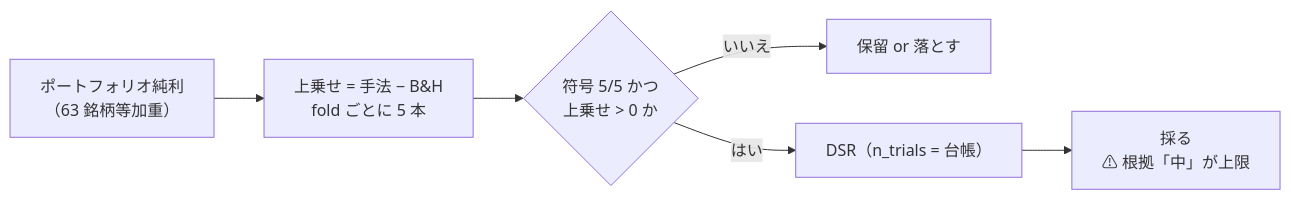
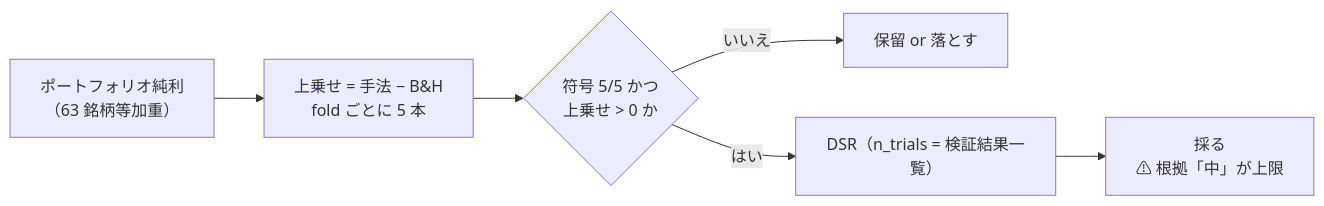
One commit to akiraak/ai-income-lab changed diagram 13 of 17 in docs/specs/experiments/feature-discovery/rules.md. Above: the diagram before and after it, drawn with Mermaid. The commit also changed other lines of this file and 52 other files, not shown here.

````diff
--- a/docs/specs/experiments/feature-discovery/rules.md
+++ b/docs/specs/experiments/feature-discovery/rules.md
@@ -649,8 +737,8 @@
 ```mermaid
 flowchart LR
   A["ポートフォリオ純利<br/>（63 銘柄等加重）"] --> B["上乗せ = 手法 − B&H<br/>fold ごとに 5 本"]
   B --> C{"符号 5/5 かつ<br/>上乗せ > 0 か"}
   C -->|いいえ| D["保留 or 落とす"]
-  C -->|はい| E["DSR（n_trials = 台帳）"]
+  C -->|はい| E["DSR（n_trials = 検証結果一覧）"]
   E --> F["採る<br/>⚠ 根拠「中」が上限"]
 ```
````
